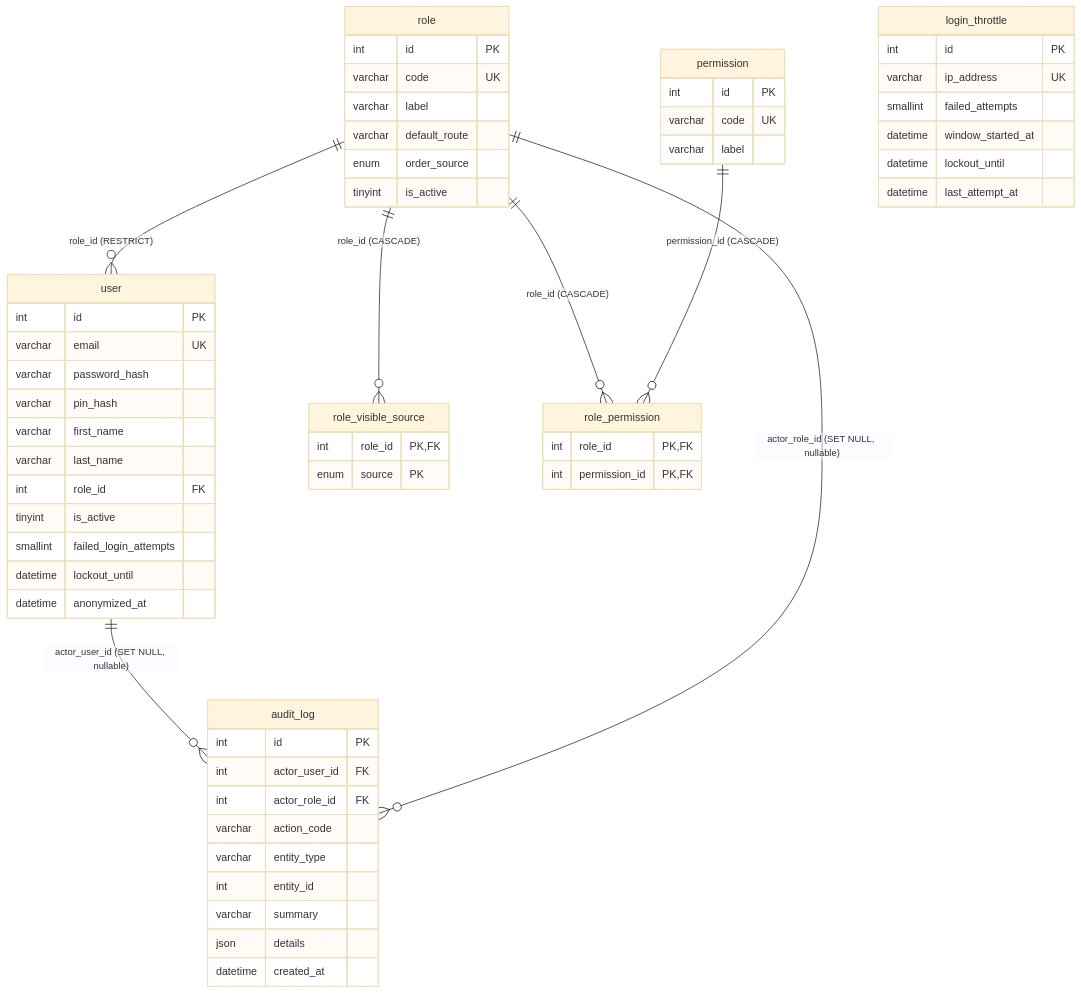
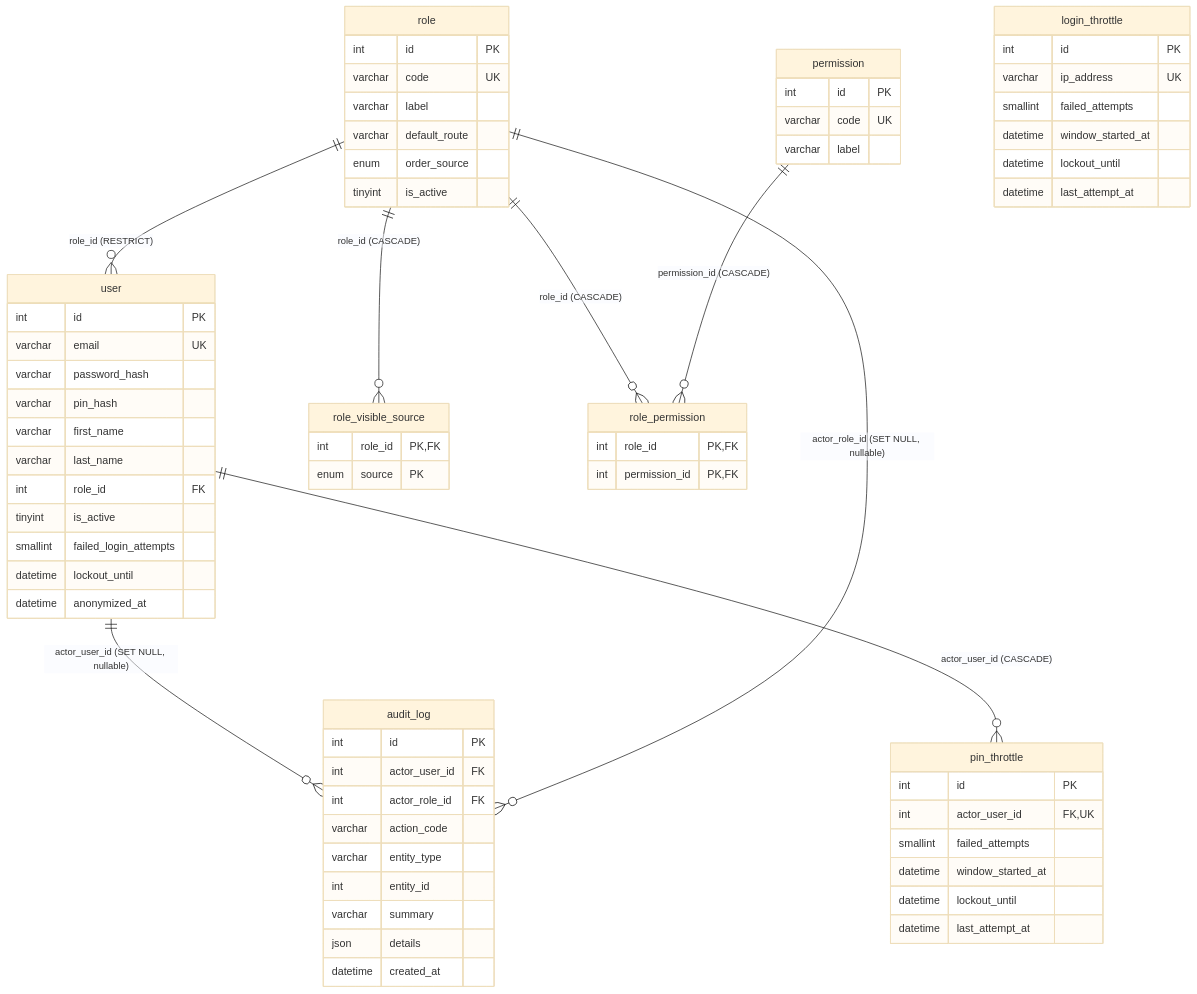
The fourth of 4 diagrams in docs/merise/mld.md (AcadeNice/wakdo_corentin), drawn with Mermaid (base theme) before and after one commit. The commit also changed other lines of this file and 19 other files, not shown here.

Commit message:
feat(admin): throttle du PIN d action sensible par acteur (RG-T22) (#18)

````diff
--- a/docs/merise/mld.md
+++ b/docs/merise/mld.md
@@ -306,63 +306,72 @@
 ```mermaid
 erDiagram
     role {
         int id PK
         varchar code UK
         varchar label
         varchar default_route
         enum order_source
         tinyint is_active
     }
     user {
         int id PK
         varchar email UK
         varchar password_hash
         varchar pin_hash
         varchar first_name
         varchar last_name
         int role_id FK
         tinyint is_active
         smallint failed_login_attempts
         datetime lockout_until
         datetime anonymized_at
     }
     role_visible_source {
         int role_id PK,FK
         enum source PK
     }
     permission {
         int id PK
         varchar code UK
         varchar label
     }
     role_permission {
         int role_id PK,FK
         int permission_id PK,FK
     }
     audit_log {
         int id PK
         int actor_user_id FK
         int actor_role_id FK
         varchar action_code
         varchar entity_type
         int entity_id
         varchar summary
         json details
         datetime created_at
     }
     login_throttle {
         int id PK
         varchar ip_address UK
         smallint failed_attempts
         datetime window_started_at
         datetime lockout_until
         datetime last_attempt_at
     }
+    pin_throttle {
+        int id PK
+        int actor_user_id FK,UK
+        smallint failed_attempts
+        datetime window_started_at
+        datetime lockout_until
+        datetime last_attempt_at
+    }
 
     role ||--o{ user : "role_id (RESTRICT)"
     role ||--o{ role_visible_source : "role_id (CASCADE)"
     role ||--o{ role_permission : "role_id (CASCADE)"
     permission ||--o{ role_permission : "permission_id (CASCADE)"
     user ||--o{ audit_log : "actor_user_id (SET NULL, nullable)"
     role ||--o{ audit_log : "actor_role_id (SET NULL, nullable)"
+    user ||--o{ pin_throttle : "actor_user_id (CASCADE)"
 ```
````
